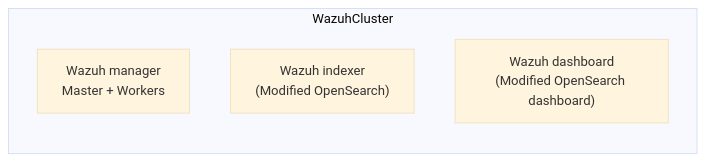
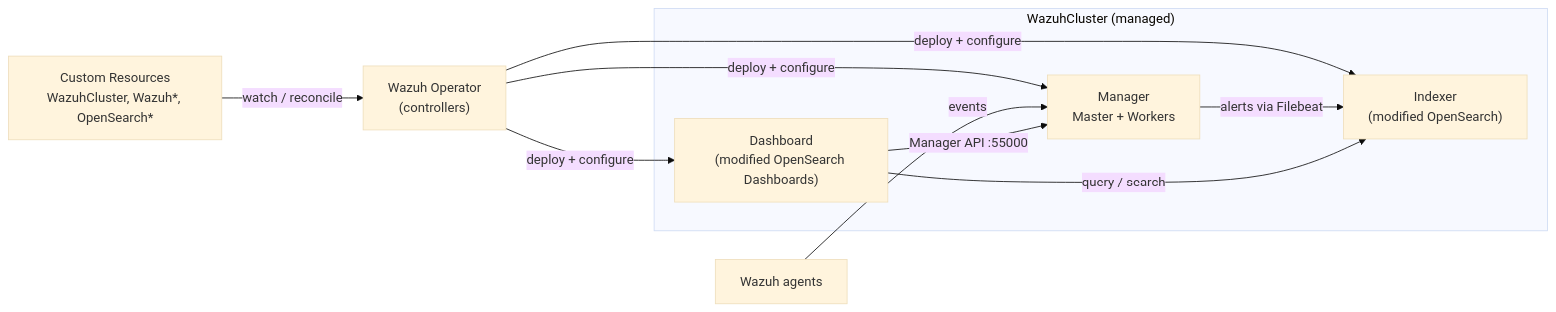
Before and after one commit to MaximeWewer/wazuh-operator: the diagram in README.md, drawn with Mermaid (base theme). The commit also changed other lines of this file, not shown here.

Commit message:
docs(readme): fix CRD table, list missing features, redraw architecture

````diff
--- a/README.md
+++ b/README.md
@@ -20,8 +28,23 @@
 ```mermaid
 graph LR
-    subgraph WazuhCluster
-        manager["Wazuh manager<br/>Master + Workers"]
-        indexer["Wazuh indexer<br/>(Modified OpenSearch)"]
-        dashboard["Wazuh dashboard<br/>(Modified OpenSearch dashboard)"]
+    crs["Custom Resources<br/>WazuhCluster, Wazuh*, OpenSearch*"]
+    operator["Wazuh Operator<br/>(controllers)"]
+    crs -->|watch / reconcile| operator
+
+    agents["Wazuh agents"]
+
+    subgraph cluster["WazuhCluster (managed)"]
+        manager["Manager<br/>Master + Workers"]
+        indexer["Indexer<br/>(modified OpenSearch)"]
+        dashboard["Dashboard<br/>(modified OpenSearch Dashboards)"]
     end
+
+    operator -->|deploy + configure| manager
+    operator -->|deploy + configure| indexer
+    operator -->|deploy + configure| dashboard
+
+    agents -->|events| manager
+    manager -->|alerts via Filebeat| indexer
+    dashboard -->|query / search| indexer
+    dashboard -->|Manager API :55000| manager
 ```
````
